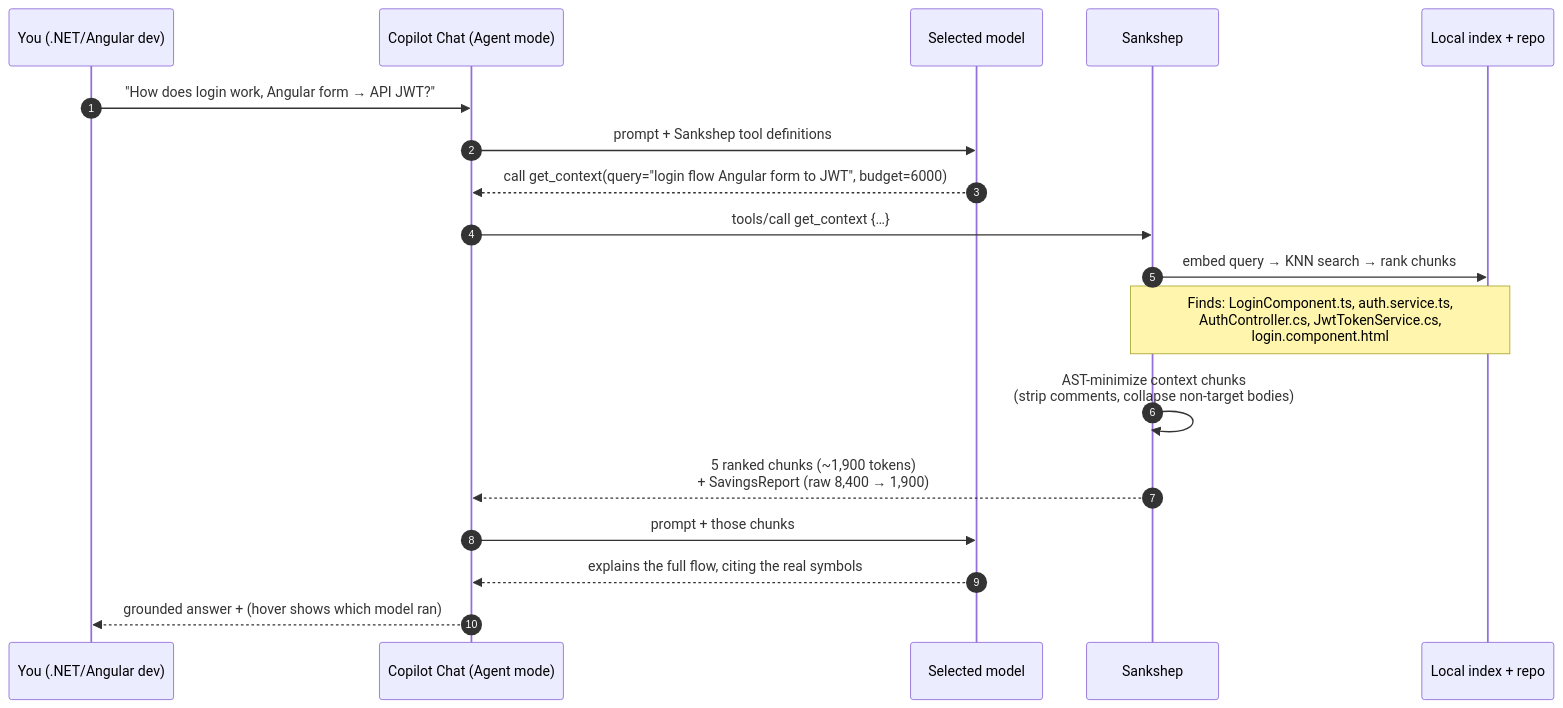
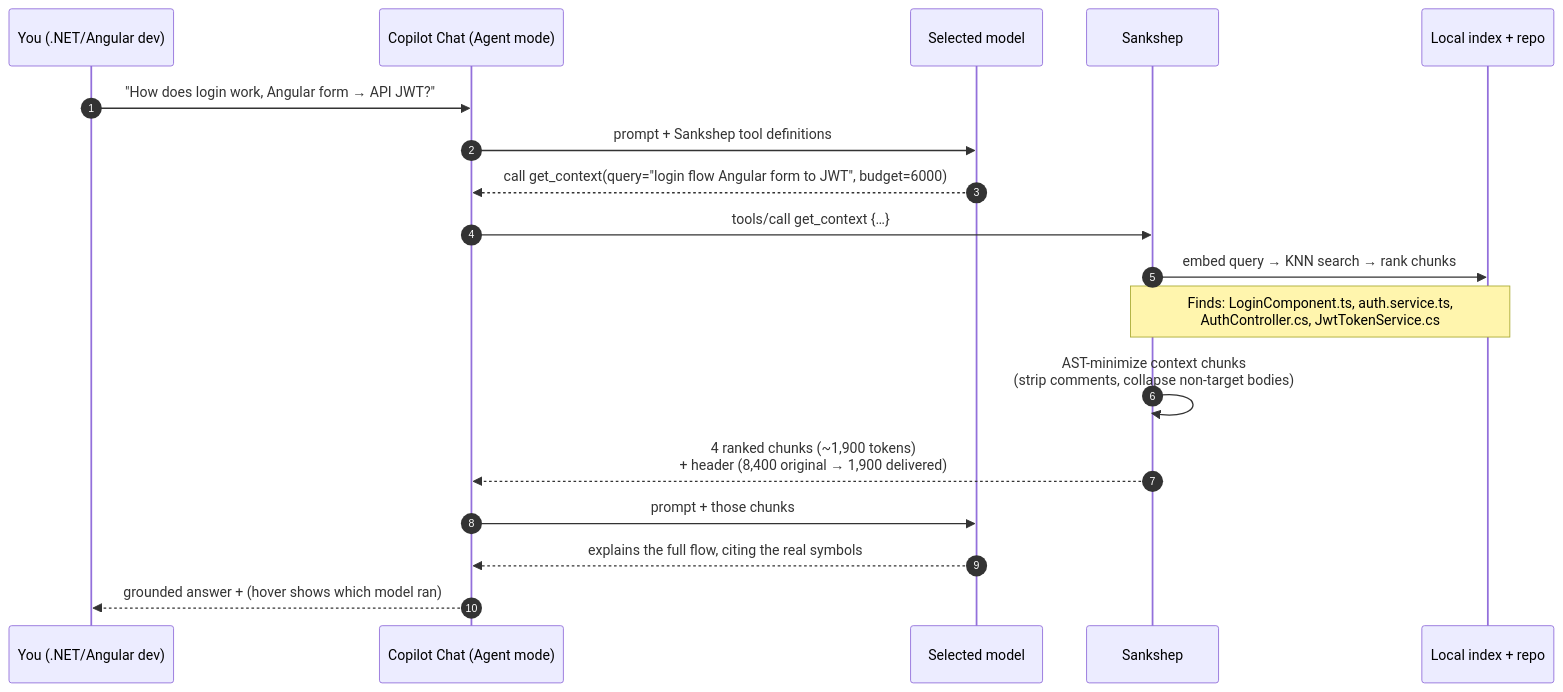
One commit to nitinpawar28/sankshep-docs changed the sixth of 7 diagrams in docs/how-it-works.md. Above: the diagram before and after it, drawn with Mermaid. The commit also changed other lines of this file and 16 other files, not shown here.

````diff
--- a/docs/how-it-works.md
+++ b/docs/how-it-works.md
@@ -216,21 +216,21 @@
 ```mermaid
 sequenceDiagram
     autonumber
     participant Dev as You (.NET/Angular dev)
     participant Cop as Copilot Chat (Agent mode)
     participant Mdl as Selected model
     participant San as Sankshep
     participant Idx as Local index + repo
 
     Dev->>Cop: "How does login work, Angular form → API JWT?"
     Cop->>Mdl: prompt + Sankshep tool definitions
     Mdl-->>Cop: call get_context(query="login flow Angular form to JWT", budget=6000)
     Cop->>San: tools/call get_context {…}
     San->>Idx: embed query → KNN search → rank chunks
-    Note over San,Idx: Finds: LoginComponent.ts, auth.service.ts,<br/>AuthController.cs, JwtTokenService.cs,<br/>login.component.html
+    Note over San,Idx: Finds: LoginComponent.ts, auth.service.ts,<br/>AuthController.cs, JwtTokenService.cs
     San->>San: AST-minimize context chunks<br/>(strip comments, collapse non-target bodies)
-    San-->>Cop: 5 ranked chunks (~1,900 tokens)<br/>+ SavingsReport (raw 8,400 → 1,900)
+    San-->>Cop: 4 ranked chunks (~1,900 tokens)<br/>+ header (8,400 original → 1,900 delivered)
     Cop->>Mdl: prompt + those chunks
     Mdl-->>Cop: explains the full flow, citing the real symbols
     Cop-->>Dev: grounded answer + (hover shows which model ran)
 ```
````
